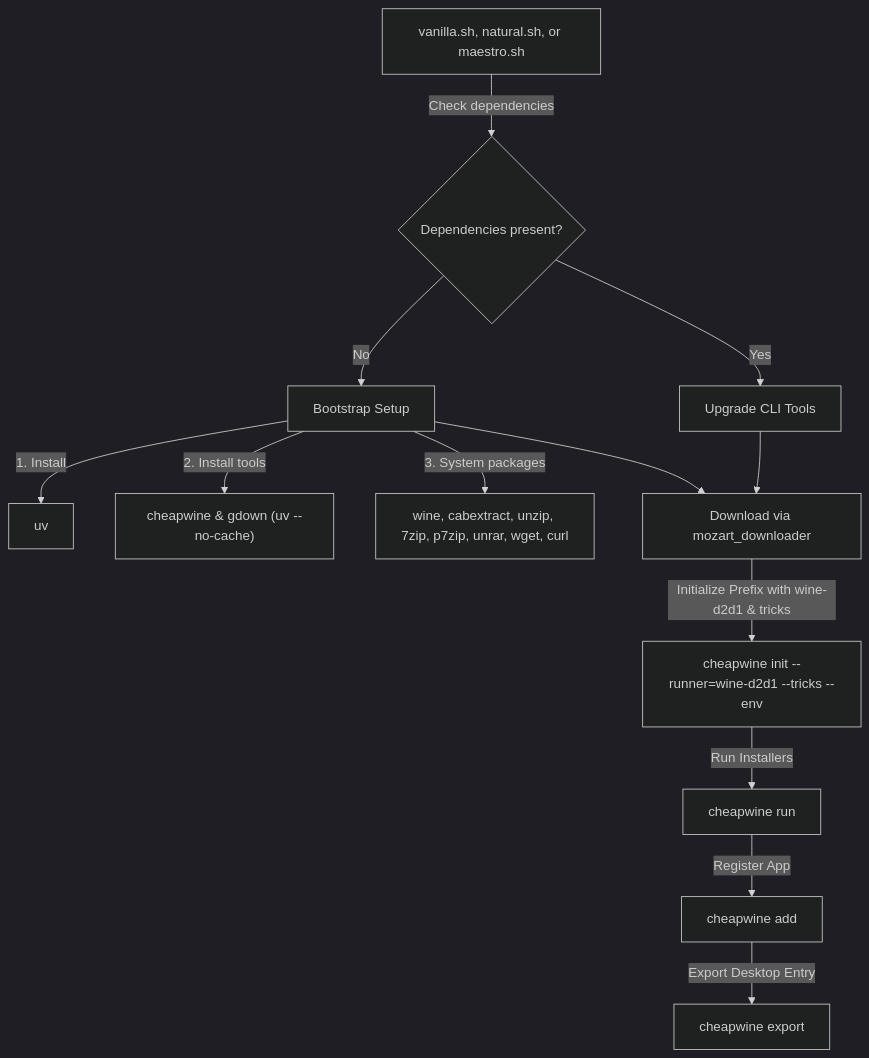
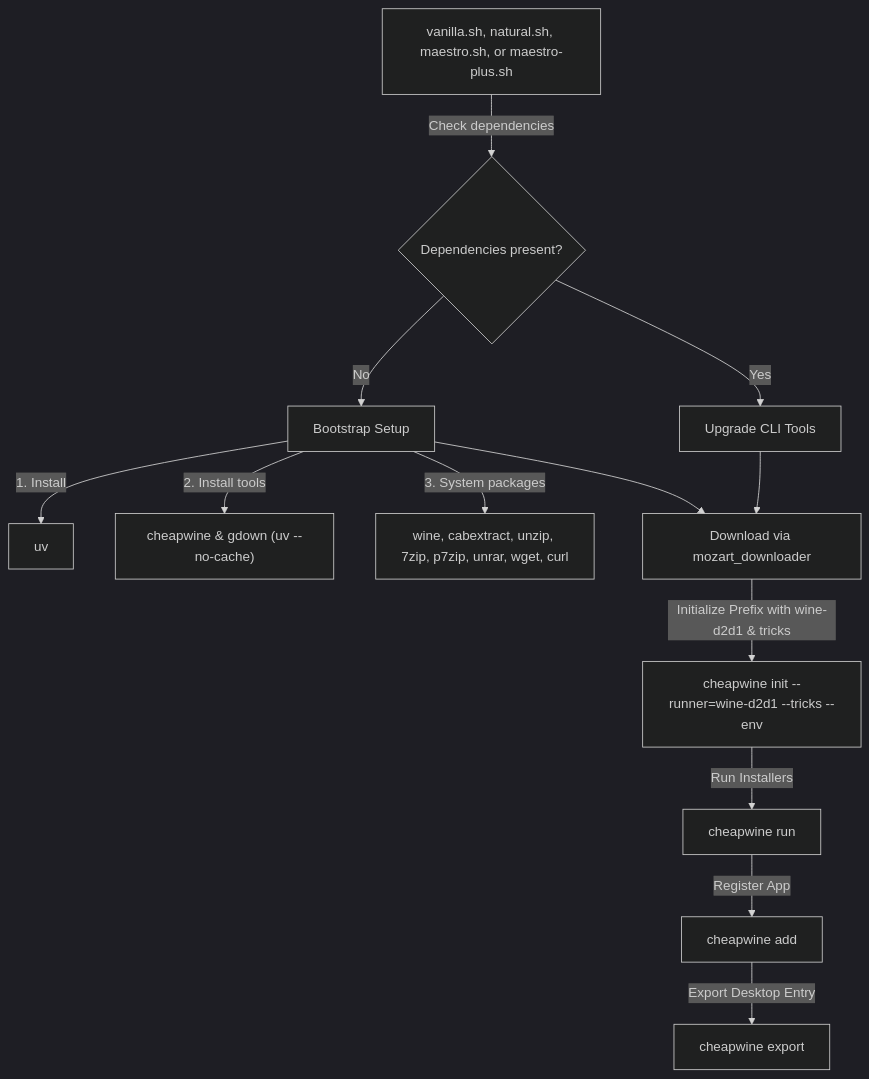
The diagram in README.md (HeapHeapHooray/getfruity), drawn with Mermaid (dark theme) before and after one commit. The commit also changed other lines of this file and 1 other file, not shown here.

Commit message:
Add maestro-plus.sh and update README.md

````diff
--- a/README.md
+++ b/README.md
@@ -29,15 +29,15 @@
 ```mermaid
 graph TD
-    A["vanilla.sh, natural.sh, or maestro.sh"] -->|Check dependencies| B{"Dependencies present?"}
+    A["vanilla.sh, natural.sh, maestro.sh, or maestro-plus.sh"] -->|Check dependencies| B{"Dependencies present?"}
     B -->|No| C[Bootstrap Setup]
     C -->|1. Install| D[uv]
     C -->|2. Install tools| E["cheapwine & gdown (uv --no-cache)"]
     C -->|3. System packages| F["wine, cabextract, unzip, 7zip, p7zip, unrar, wget, curl"]
     B -->|Yes| G["Upgrade CLI Tools"]
     G --> H["Download via mozart_downloader"]
     C --> H
     H -->|Initialize Prefix with wine-d2d1 & tricks| I["cheapwine init --runner=wine-d2d1 --tricks --env"]
     I -->|Run Installers| J[cheapwine run]
     J -->|Register App| K[cheapwine add]
     K -->|Export Desktop Entry| L[cheapwine export]
 ```
````
